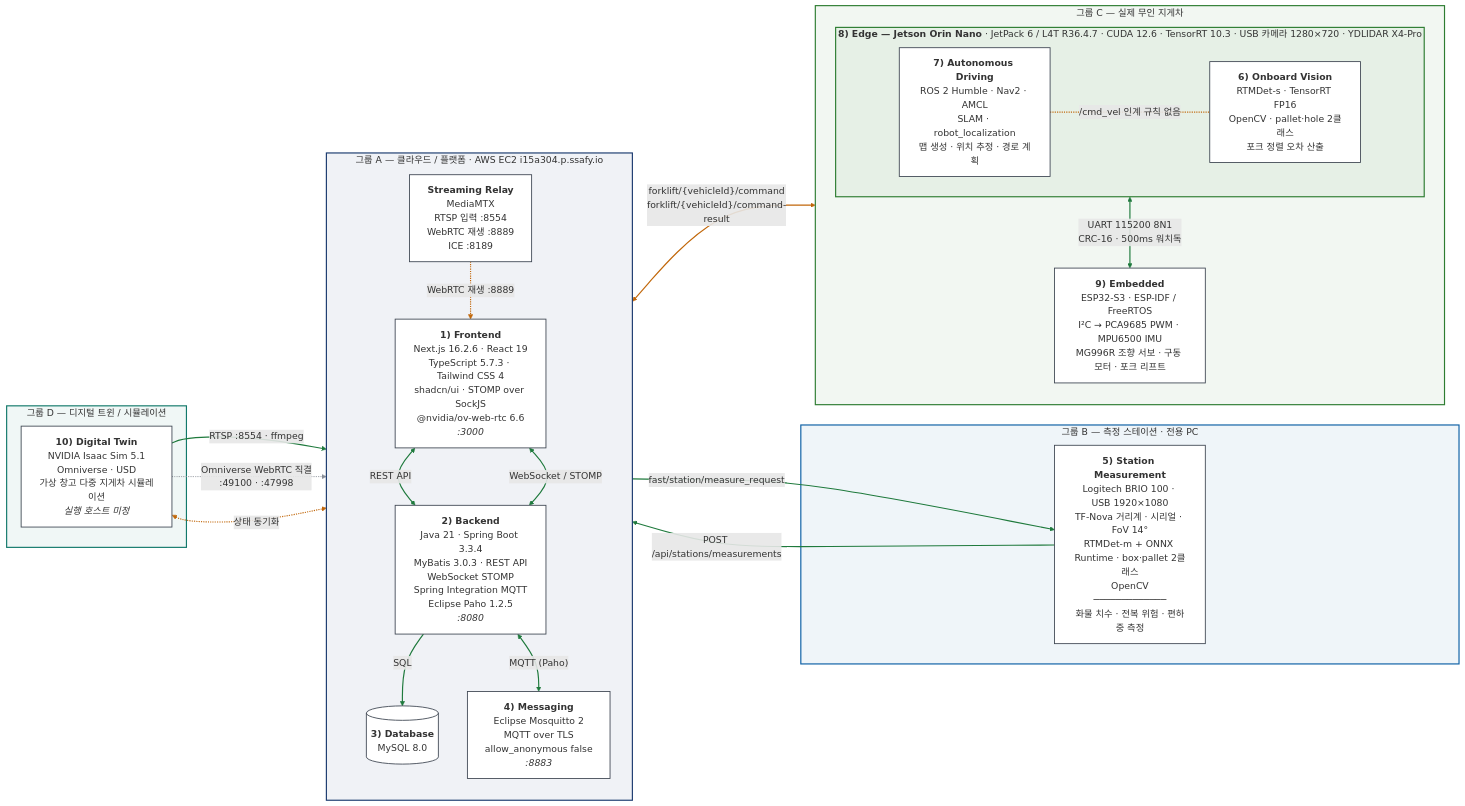
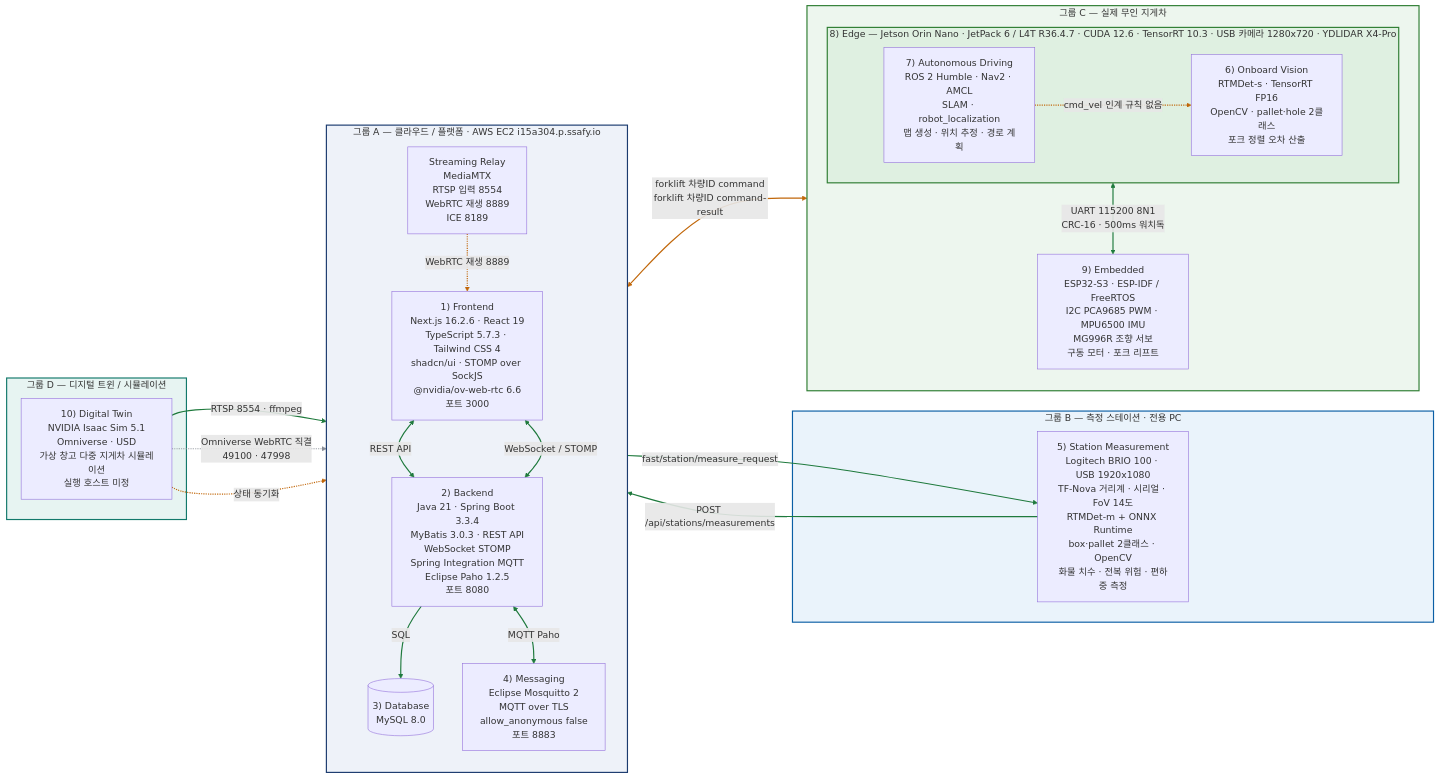
Before and after one commit to bjs0306b/fast-autonomous-forklift: the diagram in docs/아키텍처-다이어그램.md, drawn with Mermaid.

Commit message:
fix(docs): mermaid 가 GitHub 에서 렌더되도록 비표준 문법을 걷어낸다
GitHub 이 Cannot read properties of undefined (reading render) 로 실패했다. 노드 라벨의 b/i 태그, 양방향 점선 화살표, 화살표 없는 링크, subgraph 에 classDef 적용을 모두 표준 문법으로 바꿨다. 중괄호가 들어간 토픽 문자열도 라벨에서 뺐다.

````diff
--- a/docs/아키텍처-다이어그램.md
+++ b/docs/아키텍처-다이어그램.md
@@ -5,66 +5,53 @@
 ```mermaid
 flowchart LR
-  %% ===================== 그룹 A — 클라우드 / 플랫폼 =====================
   subgraph GA["그룹 A — 클라우드 / 플랫폼 · AWS EC2 i15a304.p.ssafy.io"]
     direction TB
-    F1["<b>1) Frontend</b><br/>Next.js 16.2.6 · React 19<br/>TypeScript 5.7.3 · Tailwind CSS 4<br/>shadcn/ui · STOMP over SockJS<br/>@nvidia/ov-web-rtc 6.6<br/><i>:3000</i>"]
-    B2["<b>2) Backend</b><br/>Java 21 · Spring Boot 3.3.4<br/>MyBatis 3.0.3 · REST API<br/>WebSocket STOMP<br/>Spring Integration MQTT<br/>Eclipse Paho 1.2.5<br/><i>:8080</i>"]
-    D3[("<b>3) Database</b><br/>MySQL 8.0")]
-    M4["<b>4) Messaging</b><br/>Eclipse Mosquitto 2<br/>MQTT over TLS<br/>allow_anonymous false<br/><i>:8883</i>"]
-    SR["<b>Streaming Relay</b><br/>MediaMTX<br/>RTSP 입력 :8554<br/>WebRTC 재생 :8889<br/>ICE :8189"]
+    F1["1) Frontend<br/>Next.js 16.2.6 · React 19<br/>TypeScript 5.7.3 · Tailwind CSS 4<br/>shadcn/ui · STOMP over SockJS<br/>@nvidia/ov-web-rtc 6.6<br/>포트 3000"]
+    B2["2) Backend<br/>Java 21 · Spring Boot 3.3.4<br/>MyBatis 3.0.3 · REST API<br/>WebSocket STOMP<br/>Spring Integration MQTT<br/>Eclipse Paho 1.2.5<br/>포트 8080"]
+    D3[("3) Database<br/>MySQL 8.0")]
+    M4["4) Messaging<br/>Eclipse Mosquitto 2<br/>MQTT over TLS<br/>allow_anonymous false<br/>포트 8883"]
+    SR["Streaming Relay<br/>MediaMTX<br/>RTSP 입력 8554<br/>WebRTC 재생 8889<br/>ICE 8189"]
   end
 
-  %% ===================== 그룹 B — 측정 스테이션 =====================
   subgraph GB["그룹 B — 측정 스테이션 · 전용 PC"]
-    S5["<b>5) Station Measurement</b><br/>Logitech BRIO 100 · USB 1920×1080<br/>TF-Nova 거리계 · 시리얼 · FoV 14°<br/>RTMDet-m + ONNX Runtime · box·pallet 2클래스<br/>OpenCV<br/>─────────────<br/>화물 치수 · 전복 위험 · 편하중 측정"]
+    S5["5) Station Measurement<br/>Logitech BRIO 100 · USB 1920x1080<br/>TF-Nova 거리계 · 시리얼 · FoV 14도<br/>RTMDet-m + ONNX Runtime<br/>box·pallet 2클래스 · OpenCV<br/>화물 치수 · 전복 위험 · 편하중 측정"]
   end
 
-  %% ===================== 그룹 C — 실제 무인 지게차 =====================
   subgraph GC["그룹 C — 실제 무인 지게차"]
     direction TB
-    subgraph E8["<b>8) Edge — Jetson Orin Nano</b> · JetPack 6 / L4T R36.4.7 · CUDA 12.6 · TensorRT 10.3 · USB 카메라 1280×720 · YDLIDAR X4-Pro"]
+    subgraph E8["8) Edge — Jetson Orin Nano · JetPack 6 / L4T R36.4.7 · CUDA 12.6 · TensorRT 10.3 · USB 카메라 1280x720 · YDLIDAR X4-Pro"]
       direction LR
-      V6["<b>6) Onboard Vision</b><br/>RTMDet-s · TensorRT FP16<br/>OpenCV · pallet·hole 2클래스<br/>포크 정렬 오차 산출"]
-      N7["<b>7) Autonomous Driving</b><br/>ROS 2 Humble · Nav2 · AMCL<br/>SLAM · robot_localization<br/>맵 생성 · 위치 추정 · 경로 계획"]
+      V6["6) Onboard Vision<br/>RTMDet-s · TensorRT FP16<br/>OpenCV · pallet·hole 2클래스<br/>포크 정렬 오차 산출"]
+      N7["7) Autonomous Driving<br/>ROS 2 Humble · Nav2 · AMCL<br/>SLAM · robot_localization<br/>맵 생성 · 위치 추정 · 경로 계획"]
     end
-    EM9["<b>9) Embedded</b><br/>ESP32-S3 · ESP-IDF / FreeRTOS<br/>I²C → PCA9685 PWM · MPU6500 IMU<br/>MG996R 조향 서보 · 구동 모터 · 포크 리프트"]
+    EM9["9) Embedded<br/>ESP32-S3 · ESP-IDF / FreeRTOS<br/>I2C PCA9685 PWM · MPU6500 IMU<br/>MG996R 조향 서보<br/>구동 모터 · 포크 리프트"]
   end
 
-  %% ===================== 그룹 D — 디지털 트윈 =====================
   subgraph GD["그룹 D — 디지털 트윈 / 시뮬레이션"]
-    T10["<b>10) Digital Twin</b><br/>NVIDIA Isaac Sim 5.1<br/>Omniverse · USD<br/>가상 창고 다중 지게차 시뮬레이션<br/><i>실행 호스트 미정</i>"]
+    T10["10) Digital Twin<br/>NVIDIA Isaac Sim 5.1<br/>Omniverse · USD<br/>가상 창고 다중 지게차 시뮬레이션<br/>실행 호스트 미정"]
   end
 
-  %% ===================== 연결 =====================
   F1 <--> |"REST API"| B2
   F1 <--> |"WebSocket / STOMP"| B2
   B2 --> |"SQL"| D3
-  B2 <--> |"MQTT (Paho)"| M4
+  B2 <--> |"MQTT Paho"| M4
   M4 --> |"fast/station/measure_request"| S5
   S5 --> |"POST /api/stations/measurements"| B2
-  M4 <--> |"forklift/{vehicleId}/command<br/>forklift/{vehicleId}/command-result"| E8
+  M4 <--> |"forklift 차량ID command<br/>forklift 차량ID command-result"| E8
   E8 <--> |"UART 115200 8N1<br/>CRC-16 · 500ms 워치독"| EM9
-  T10 --> |"RTSP :8554 · ffmpeg"| SR
-  SR -.-> |"WebRTC 재생 :8889"| F1
-  T10 -.-> |"Omniverse WebRTC 직결<br/>:49100 · :47998"| F1
-  T10 <-.-> |"상태 동기화"| M4
-  N7 -.- |"/cmd_vel 인계 규칙 없음"| V6
+  T10 --> |"RTSP 8554 · ffmpeg"| SR
+  SR -.-> |"WebRTC 재생 8889"| F1
+  T10 -.-> |"Omniverse WebRTC 직결<br/>49100 · 47998"| F1
+  T10 -.-> |"상태 동기화"| M4
+  N7 -.-> |"cmd_vel 인계 규칙 없음"| V6
 
-  %% ===================== 검증 상태별 선 색 =====================
   linkStyle 0,1,2,3,4,5,7,8 stroke:#1F7A3D,stroke-width:2px
   linkStyle 6,9,11,12 stroke:#C1670A,stroke-width:2px
   linkStyle 10 stroke:#8A8F98,stroke-width:1.5px
 
-  %% ===================== 그룹 색 =====================
-  classDef gA fill:#1B3B6F10,stroke:#1B3B6F,stroke-width:2px
-  classDef gB fill:#0B5FA510,stroke:#0B5FA5,stroke-width:2px
-  classDef gC fill:#2E7D3210,stroke:#2E7D32,stroke-width:2px
-  classDef gD fill:#12796B10,stroke:#12796B,stroke-width:2px
-  classDef blk fill:#FFFFFF,stroke:#3F4753,stroke-width:1.5px
-
-  class GA gA
-  class GB gB
-  class GC,E8 gC
-  class GD gD
-  class F1,B2,D3,M4,SR,S5,V6,N7,EM9,T10 blk
+  style GA fill:#EEF2F9,stroke:#1B3B6F,stroke-width:2px
+  style GB fill:#EAF3FB,stroke:#0B5FA5,stroke-width:2px
+  style GC fill:#EDF6EE,stroke:#2E7D32,stroke-width:2px
+  style E8 fill:#DFF0E1,stroke:#2E7D32,stroke-width:2px
+  style GD fill:#E7F4F2,stroke:#12796B,stroke-width:2px
 ```
````
